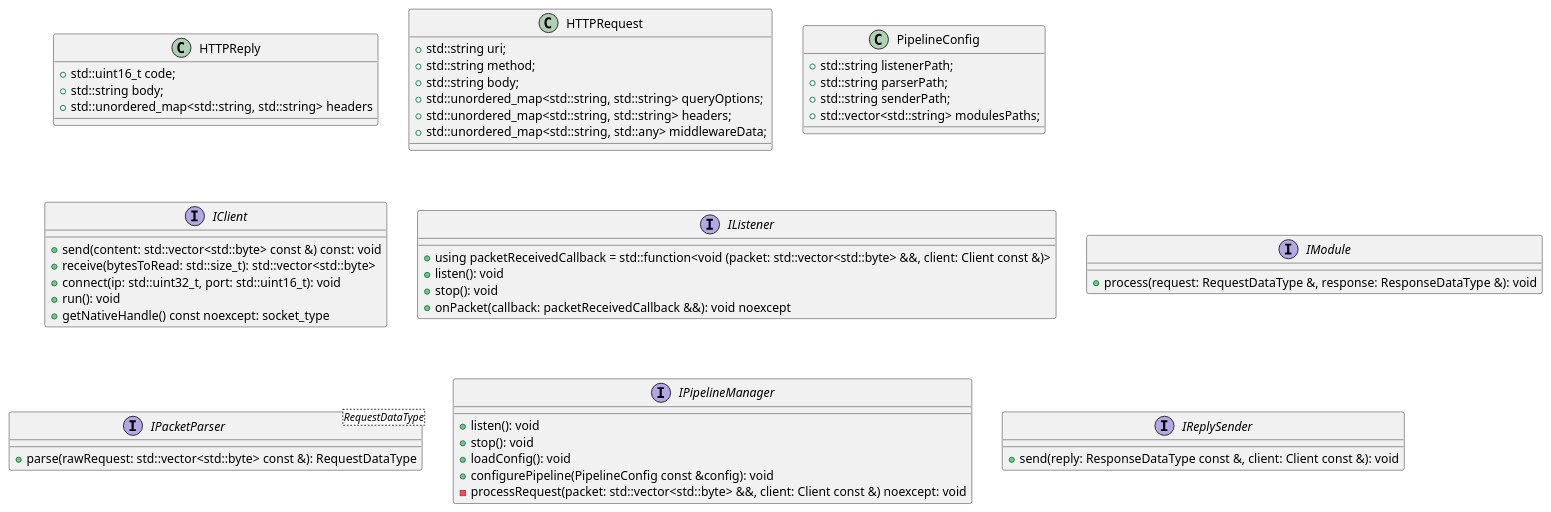
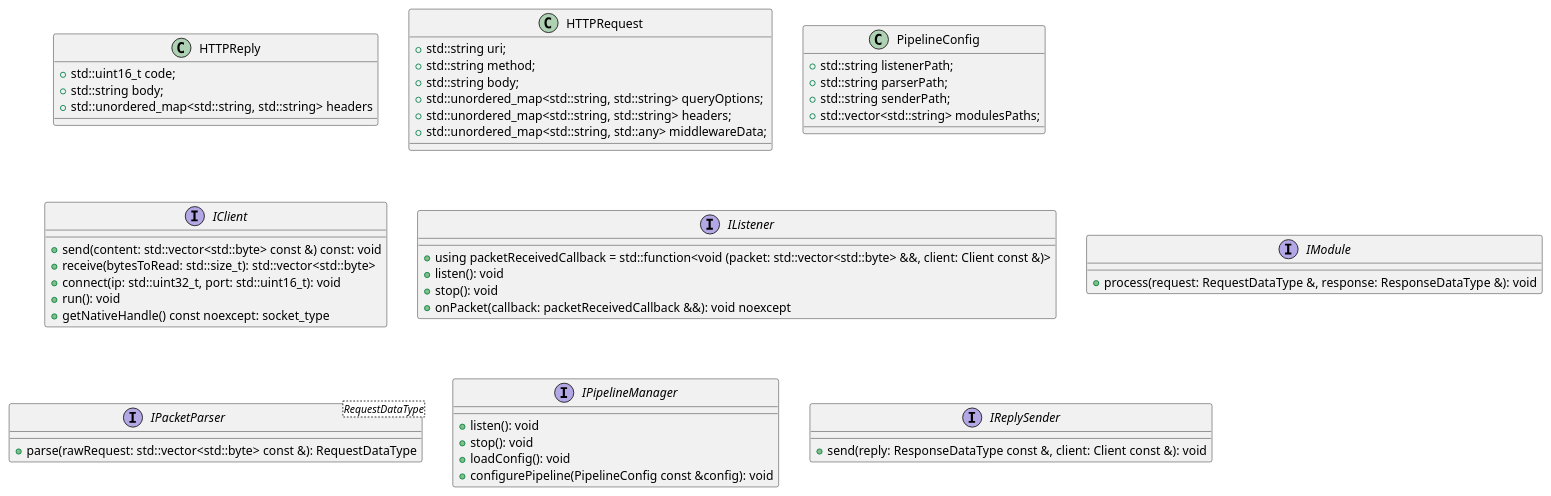
The diagram in doc/architecture.puml (aurelien-boch/ziapi), drawn with PlantUML before and after one commit. The commit also changed 3 other files, not shown here.

```diff
--- a/doc/architecture.puml
+++ b/doc/architecture.puml
@@ -1,60 +1,59 @@
 @startuml
 
 class HTTPReply {
     + std::uint16_t code;
     + std::string body;
     + std::unordered_map<std::string, std::string> headers
 }
 
 class HTTPRequest {
     + std::string uri;
     + std::string method;
     + std::string body;
     + std::unordered_map<std::string, std::string> queryOptions;
     + std::unordered_map<std::string, std::string> headers;
     + std::unordered_map<std::string, std::any> middlewareData;
 }
 
 class PipelineConfig {
     + std::string listenerPath;
     + std::string parserPath;
     + std::string senderPath;
     + std::vector<std::string> modulesPaths;
 }
 
 interface IClient {
     + send(content: std::vector<std::byte> const &) const: void
     + receive(bytesToRead: std::size_t): std::vector<std::byte>
     + connect(ip: std::uint32_t, port: std::uint16_t): void
     + run(): void
     + getNativeHandle() const noexcept: socket_type
 }
 
 interface IListener {
     + using packetReceivedCallback = std::function<void (packet: std::vector<std::byte> &&, client: Client const &)>
     + listen(): void
     + stop(): void
     + onPacket(callback: packetReceivedCallback &&): void noexcept
 }
 
 interface IModule {
     + process(request: RequestDataType &, response: ResponseDataType &): void
 }
 
 interface IPacketParser<RequestDataType> {
     + parse(rawRequest: std::vector<std::byte> const &): RequestDataType
 }
 
 interface IPipelineManager {
     + listen(): void
     + stop(): void
     + loadConfig(): void
     + configurePipeline(PipelineConfig const &config): void
-    - processRequest(packet: std::vector<std::byte> &&, client: Client const &) noexcept: void
 }
 
 interface IReplySender {
     + send(reply: ResponseDataType const &, client: Client const &): void
 }
 
 @enduml
```
